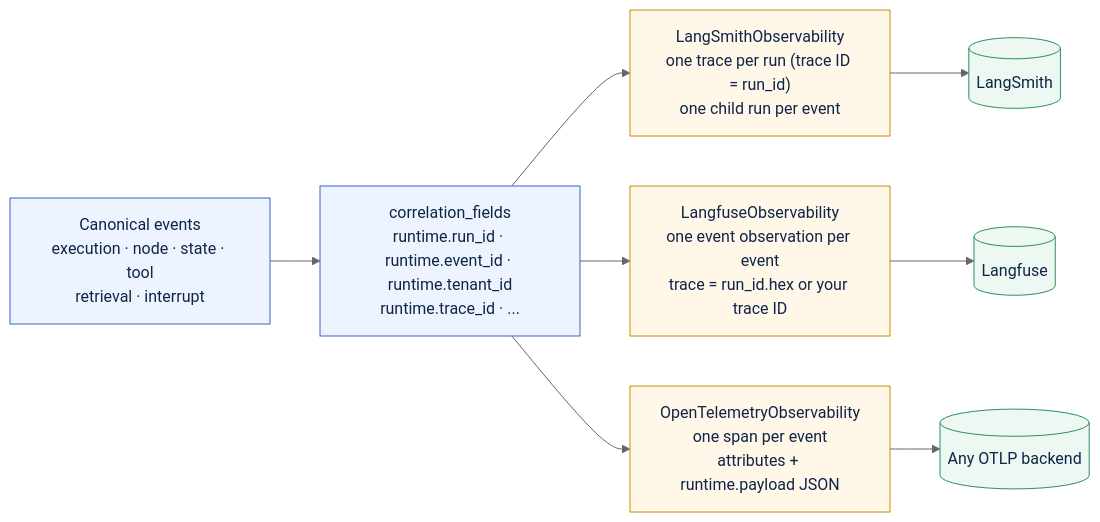
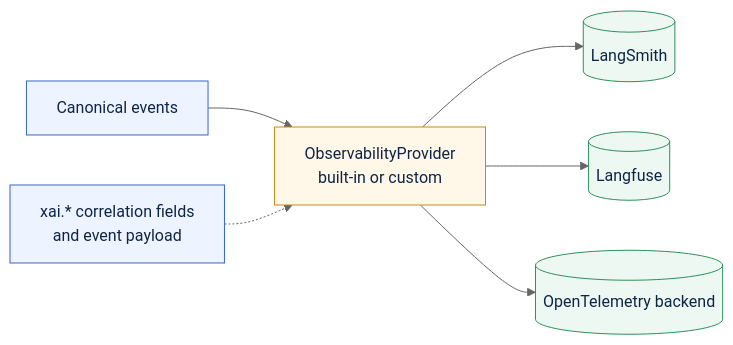
One commit to smuniharish/agxai changed the diagram in diagrams/observability-boundary.mmd. Above: the diagram before and after it, drawn with Mermaid (neutral theme). The commit also changed 49 other files, not shown here.

```diff
--- a/diagrams/observability-boundary.mmd
+++ b/diagrams/observability-boundary.mmd
@@ -1,16 +1,17 @@
 flowchart LR
     classDef core fill:#eef4ff,stroke:#3567c7,color:#0f2547
     classDef adapter fill:#fff7e8,stroke:#c98a12,color:#0f2547
     classDef backend fill:#ecf8f1,stroke:#2f8f5b,color:#0f2547
 
-    events["Canonical events<br/>execution · node · state · tool<br/>retrieval · interrupt"]:::core
-    fields["correlation_fields<br/>runtime.run_id · runtime.event_id · runtime.tenant_id<br/>runtime.trace_id · ..."]:::core
-    events --> fields
+    events["Canonical events"]:::core
+    adapter["ObservabilityProvider<br/>built-in or custom"]:::adapter
+    fields["xai.* correlation fields<br/>and event payload"]:::core
+    langsmith[("LangSmith")]:::backend
+    langfuse[("Langfuse")]:::backend
+    otel[("OpenTelemetry backend")]:::backend
 
-    fields --> langsmith["LangSmithObservability<br/>one trace per run (trace ID = run_id)<br/>one child run per event"]:::adapter
-    fields --> langfuse["LangfuseObservability<br/>one event observation per event<br/>trace = run_id.hex or your trace ID"]:::adapter
-    fields --> otel["OpenTelemetryObservability<br/>one span per event<br/>attributes + runtime.payload JSON"]:::adapter
-
-    langsmith --> ls[("LangSmith")]:::backend
-    langfuse --> lf[("Langfuse")]:::backend
-    otel --> collector[("Any OTLP backend")]:::backend
+    events --> adapter
+    fields -.-> adapter
+    adapter --> langsmith
+    adapter --> langfuse
+    adapter --> otel
```
